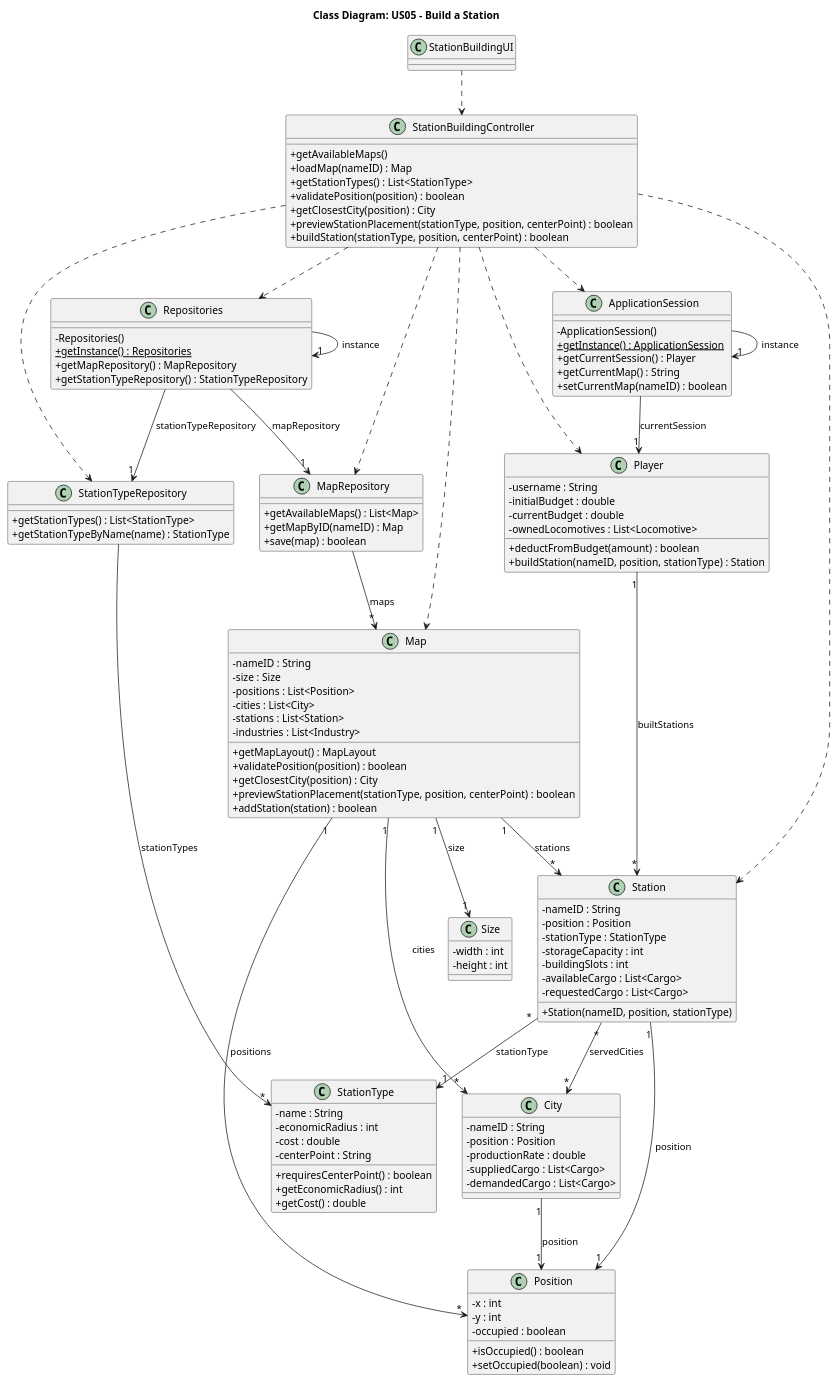
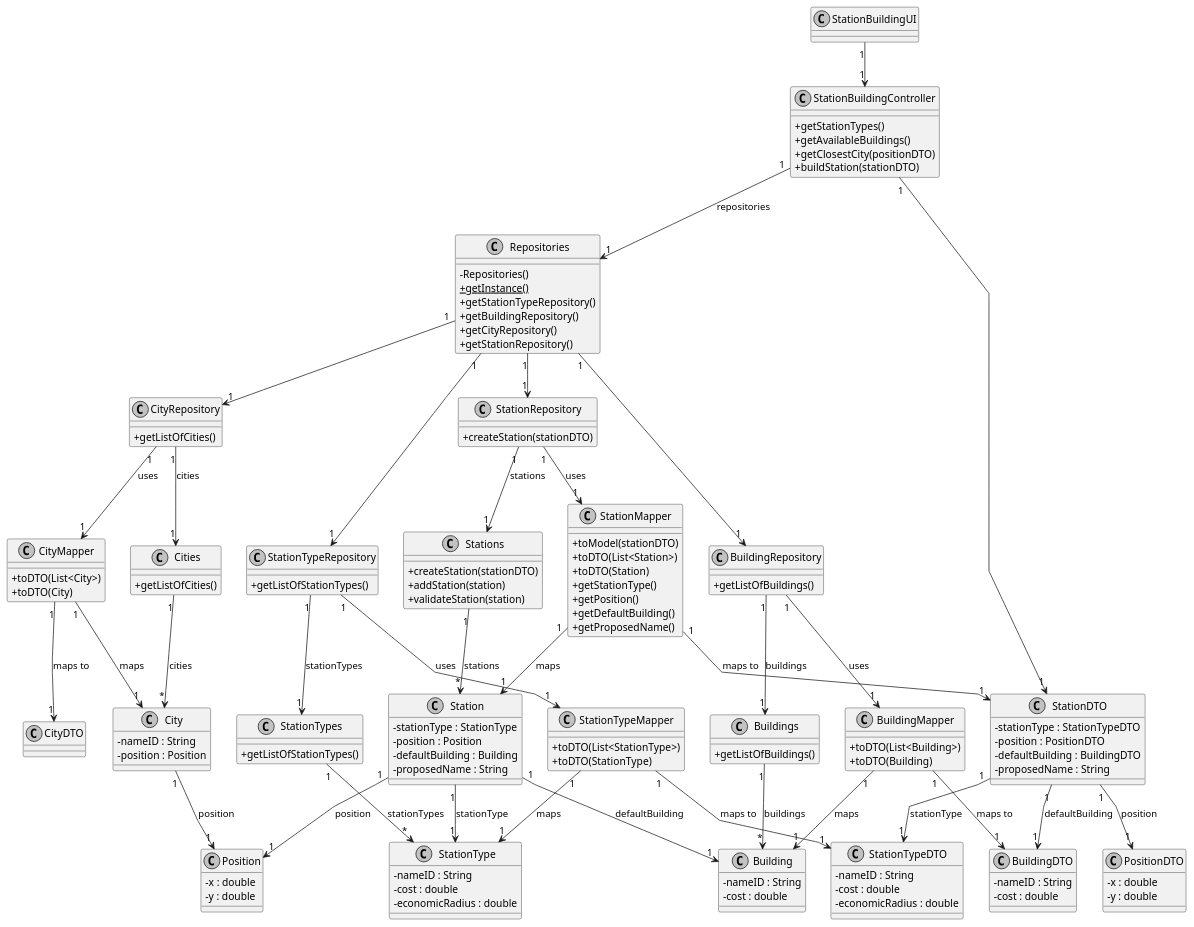
One commit to HenriqueSilva18/Railway-Network-Simulator changed the diagram in docs/system-documentation/Sprint 3/US05/03.design/puml/US05-CD.puml. Above: the diagram before and after it, drawn with PlantUML. The commit also changed 22 other files, not shown here.

```diff
--- a/docs/system-documentation/Sprint 3/US05/03.design/puml/US05-CD.puml
+++ b/docs/system-documentation/Sprint 3/US05/03.design/puml/US05-CD.puml
@@ -1,150 +1,183 @@
 @startuml
+skinparam monochrome true
 skinparam packageStyle rectangle
 skinparam shadowing false
+skinparam linetype polyline
+
 skinparam classAttributeIconSize 0
-
-title Class Diagram: US05 - Build a Station
 
 class StationBuildingUI {
 }
 
 class StationBuildingController {
-    + getAvailableMaps()
-    + loadMap(nameID) : Map
-    + getStationTypes() : List<StationType>
-    + validatePosition(position) : boolean
-    + getClosestCity(position) : City
-    + previewStationPlacement(stationType, position, centerPoint) : boolean
-    + buildStation(stationType, position, centerPoint) : boolean
-}
-
-class MapRepository {
-    + getAvailableMaps() : List<Map>
-    + getMapByID(nameID) : Map
-    + save(map) : boolean
-}
-
-class StationTypeRepository {
-    + getStationTypes() : List<StationType>
-    + getStationTypeByName(name) : StationType
+    + getStationTypes()
+    + getAvailableBuildings()
+    + getClosestCity(positionDTO)
+    + buildStation(stationDTO)
 }
 
 class Repositories {
     - Repositories()
-    + {static} getInstance() : Repositories
-    + getMapRepository() : MapRepository
-    + getStationTypeRepository() : StationTypeRepository
+    + {static} getInstance()
+    + getStationTypeRepository()
+    + getBuildingRepository()
+    + getCityRepository()
+    + getStationRepository()
 }
 
-class ApplicationSession {
-    - ApplicationSession()
-    + {static} getInstance() : ApplicationSession
-    + getCurrentSession() : Player
-    + getCurrentMap() : String
-    + setCurrentMap(nameID) : boolean
+class StationTypeRepository {
+    + getListOfStationTypes()
 }
 
-class Map {
-    - nameID : String
-    - size : Size
-    - positions : List<Position>
-    - cities : List<City>
-    - stations : List<Station>
-    - industries : List<Industry>
-    
-    + getMapLayout() : MapLayout
-    + validatePosition(position) : boolean
-    + getClosestCity(position) : City
-    + previewStationPlacement(stationType, position, centerPoint) : boolean
-    + addStation(station) : boolean
+class BuildingRepository {
+    + getListOfBuildings()
 }
 
-class Position {
-    - x : int
-    - y : int
-    - occupied : boolean
-    
-    + isOccupied() : boolean
-    + setOccupied(boolean) : void
+class CityRepository {
+    + getListOfCities()
+}
+
+class StationRepository {
+    + createStation(stationDTO)
+}
+
+class StationTypes {
+    + getListOfStationTypes()
+}
+
+class Buildings {
+    + getListOfBuildings()
+}
+
+class Cities {
+    + getListOfCities()
+}
+
+class Stations {
+    + createStation(stationDTO)
+    + addStation(station)
+    + validateStation(station)
+}
+
+class Station {
+    - stationType : StationType
+    - position : Position
+    - defaultBuilding : Building
+    - proposedName : String
+}
+
+class StationType {
+    - nameID : String
+    - cost : double
+    - economicRadius : double
+}
+
+class Building {
+    - nameID : String
+    - cost : double
 }
 
 class City {
     - nameID : String
     - position : Position
-    - productionRate : double
-    - suppliedCargo : List<Cargo>
-    - demandedCargo : List<Cargo>
 }
 
-class Station {
-    - nameID : String
-    - position : Position
-    - stationType : StationType
-    - storageCapacity : int
-    - buildingSlots : int
-    - availableCargo : List<Cargo>
-    - requestedCargo : List<Cargo>
-    
-    + Station(nameID, position, stationType)
+class Position {
+    - x : double
+    - y : double
 }
 
-class StationType {
-    - name : String
-    - economicRadius : int
-    - cost : double
-    - centerPoint : String
-    
-    + requiresCenterPoint() : boolean
-    + getEconomicRadius() : int
-    + getCost() : double
+class StationDTO {
+    - stationType : StationTypeDTO
+    - position : PositionDTO
+    - defaultBuilding : BuildingDTO
+    - proposedName : String
 }
 
-class Player {
-    - username : String
-    - initialBudget : double
-    - currentBudget : double
-    - ownedLocomotives : List<Locomotive>
-    
-    + deductFromBudget(amount) : boolean
-    + buildStation(nameID, position, stationType) : Station
+class StationTypeDTO {
+    - nameID : String
+    - cost : double
+    - economicRadius : double
 }
 
-class Size {
-    - width : int
-    - height : int
+class BuildingDTO {
+    - nameID : String
+    - cost : double
 }
 
-StationBuildingUI ..> StationBuildingController
+class PositionDTO {
+    - x : double
+    - y : double
+}
 
-StationBuildingController ..> MapRepository
-StationBuildingController ..> StationTypeRepository
-StationBuildingController ..> Repositories
-StationBuildingController ..> ApplicationSession
-StationBuildingController ..> Map
-StationBuildingController ..> Player
-StationBuildingController ..> Station
+class StationMapper {
+    + toModel(stationDTO)
+    + toDTO(List<Station>)
+    + toDTO(Station)
+    + getStationType()
+    + getPosition()
+    + getDefaultBuilding()
+    + getProposedName()
+}
 
-Map "1" --> "1" Size : size
-Map "1" --> "*" Position : positions
-Map "1" --> "*" City : cities
-Map "1" --> "*" Station : stations
+class StationTypeMapper {
+    + toDTO(List<StationType>)
+    + toDTO(StationType)
+}
 
+class BuildingMapper {
+    + toDTO(List<Building>)
+    + toDTO(Building)
+}
+
+class CityMapper {
+    + toDTO(List<City>)
+    + toDTO(City)
+}
+
+StationBuildingUI "1" --> "1" StationBuildingController
+StationBuildingController "1" --> "1" Repositories : repositories
+StationBuildingController "1" --> "1" StationDTO
+
+Repositories "1" --> "1" StationTypeRepository
+Repositories "1" --> "1" BuildingRepository
+Repositories "1" --> "1" CityRepository
+Repositories "1" --> "1" StationRepository
+
+StationTypeRepository "1" --> "1" StationTypes : stationTypes
+BuildingRepository "1" --> "1" Buildings : buildings
+CityRepository "1" --> "1" Cities : cities
+StationRepository "1" --> "1" Stations : stations
+
+StationTypes "1" --> "*" StationType : stationTypes
+Buildings "1" --> "*" Building : buildings
+Cities "1" --> "*" City : cities
+Stations "1" --> "*" Station : stations
+
+Station "1" --> "1" StationType : stationType
 Station "1" --> "1" Position : position
-Station "*" --> "1" StationType : stationType
-Station "*" --> "*" City : servedCities
-
+Station "1" --> "1" Building : defaultBuilding
 City "1" --> "1" Position : position
 
-MapRepository --> "*" Map : maps
-StationTypeRepository --> "*" StationType : stationTypes
+StationDTO "1" --> "1" StationTypeDTO : stationType
+StationDTO "1" --> "1" PositionDTO : position
+StationDTO "1" --> "1" BuildingDTO : defaultBuilding
 
-Repositories -> "1" Repositories : instance
-Repositories --> "1" MapRepository : mapRepository
-Repositories --> "1" StationTypeRepository : stationTypeRepository
+StationMapper "1" --> "1" Station : maps
+StationMapper "1" --> "1" StationDTO : maps to
 
-ApplicationSession -> "1" ApplicationSession : instance
-ApplicationSession --> "1" Player : currentSession
+StationTypeMapper "1" --> "1" StationType : maps
+StationTypeMapper "1" --> "1" StationTypeDTO : maps to
 
-Player "1" --> "*" Station : builtStations
+BuildingMapper "1" --> "1" Building : maps
+BuildingMapper "1" --> "1" BuildingDTO : maps to
 
-@enduml 
+CityMapper "1" --> "1" City : maps
+CityMapper "1" --> "1" CityDTO : maps to
+
+StationTypeRepository "1" --> "1" StationTypeMapper : uses
+BuildingRepository "1" --> "1" BuildingMapper : uses
+CityRepository "1" --> "1" CityMapper : uses
+StationRepository "1" --> "1" StationMapper : uses
+
+@enduml
```
